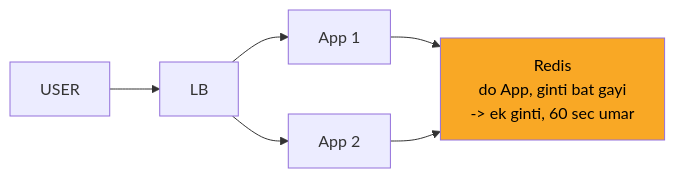
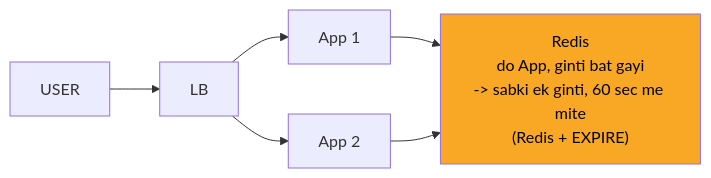
Before and after one commit to ArpanMaheshwari144/Prep: the second of 11 diagrams in 04_HLD/SYSTEM_DESIGNS/02_rate_limiter/02_rate_limiter.md, drawn with Mermaid. The commit also changed other lines of this file and 13 other files, not shown here.

````diff
--- a/04_HLD/SYSTEM_DESIGNS/02_rate_limiter/02_rate_limiter.md
+++ b/04_HLD/SYSTEM_DESIGNS/02_rate_limiter/02_rate_limiter.md
@@ -119,14 +119,14 @@
 ```mermaid
 flowchart LR
     n_USER["USER"]
     n_LB["LB"]
     n_App_x_N_1["App 1"]
     n_App_x_N_2["App 2"]
-    n_Redis["Redis<br/>do App, ginti bat gayi<br/>-> ek ginti, 60 sec umar"]
+    n_Redis["Redis<br/>do App, ginti bat gayi<br/>-> sabki ek ginti, 60 sec me mite<br/>(Redis + EXPIRE)"]
     n_USER --> n_LB
     n_LB --> n_App_x_N_1
     n_LB --> n_App_x_N_2
     n_App_x_N_1 --> n_Redis
     n_App_x_N_2 --> n_Redis
     style n_Redis fill:#f9a825,color:#000
 ```
````
